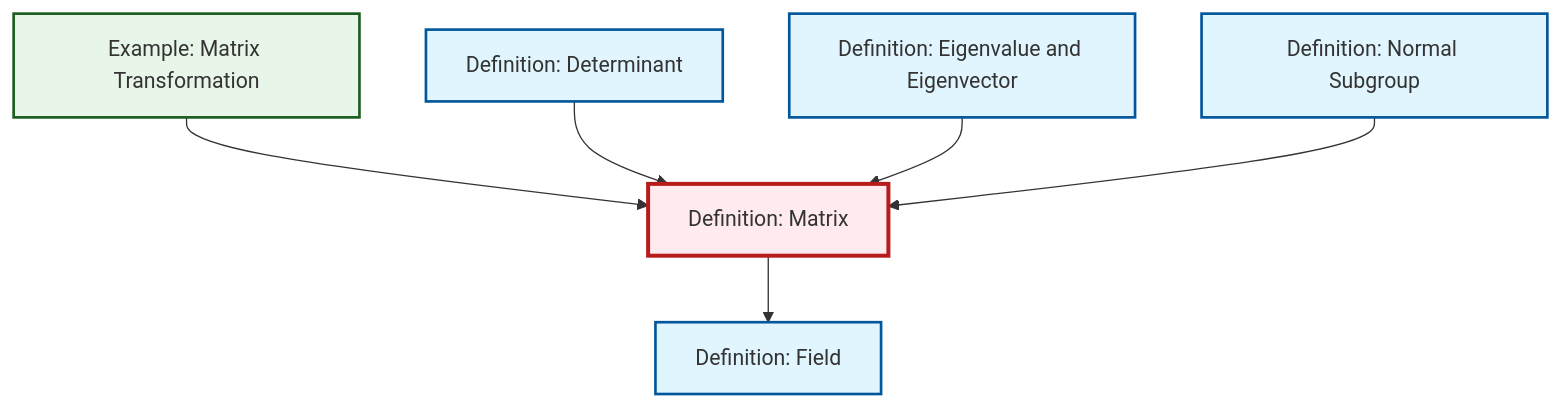
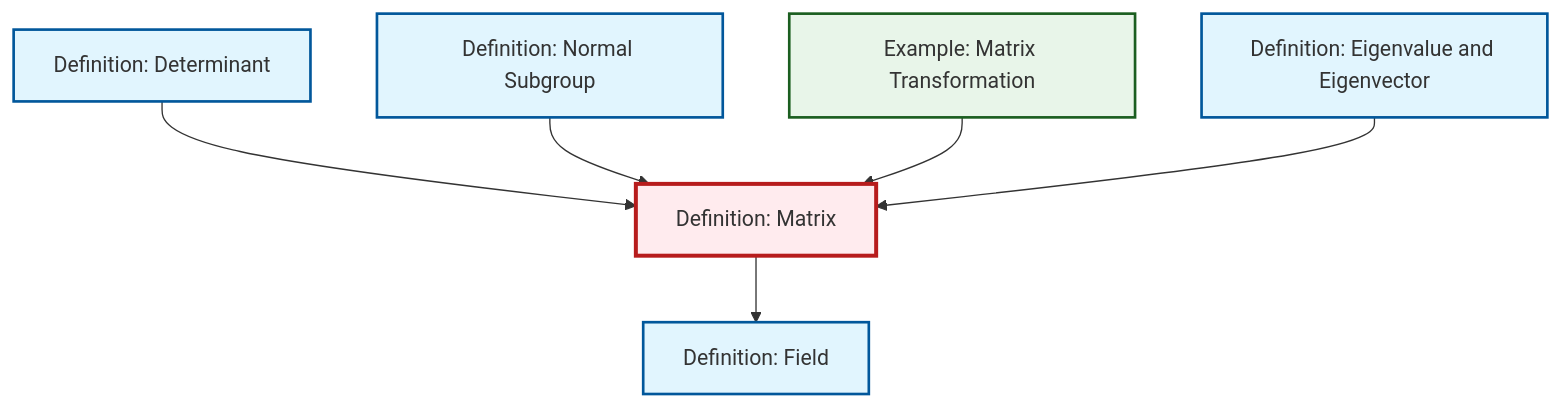
The diagram in content/en/algebra/def-matrix.qmd (RK0429/ModernMath), drawn with Mermaid before and after one commit. The commit also changed other lines of this file and 1012 other files, not shown here.

````diff
--- a/content/en/algebra/def-matrix.qmd
+++ b/content/en/algebra/def-matrix.qmd
@@ -59,26 +59,26 @@
 ```{mermaid}
 %%| fig-cap: "Local dependency graph"
 graph TD
     classDef definition fill:#e1f5fe,stroke:#01579b,stroke-width:2px
     classDef theorem fill:#f3e5f5,stroke:#4a148c,stroke-width:2px
     classDef axiom fill:#fff3e0,stroke:#e65100,stroke-width:2px
     classDef example fill:#e8f5e9,stroke:#1b5e20,stroke-width:2px
     classDef current fill:#ffebee,stroke:#b71c1c,stroke-width:3px
+    def-field["Definition: Field"]:::definition
+    def-eigenvalue-eigenvector["Definition: Eigenvalue and Eigenvector"]:::definition
+    def-matrix["Definition: Matrix"]:::definition
+    def-normal-subgroup["Definition: Normal Subgroup"]:::definition
     def-determinant["Definition: Determinant"]:::definition
     ex-matrix-transformation["Example: Matrix Transformation"]:::example
-    def-eigenvalue-eigenvector["Definition: Eigenvalue and Eigenvector"]:::definition
-    def-normal-subgroup["Definition: Normal Subgroup"]:::definition
-    def-field["Definition: Field"]:::definition
-    def-matrix["Definition: Matrix"]:::definition
+    def-determinant --> def-matrix
+    def-normal-subgroup --> def-matrix
     ex-matrix-transformation --> def-matrix
+    def-eigenvalue-eigenvector --> def-matrix
     def-matrix --> def-field
-    def-determinant --> def-matrix
-    def-eigenvalue-eigenvector --> def-matrix
-    def-normal-subgroup --> def-matrix
     class def-matrix current
+    click def-field "def-field.html" "Go to Field definition"
+    click def-eigenvalue-eigenvector "def-eigenvalue-eigenvector.html" "Go to Eigenvalue and Eigenvector definition"
+    click def-normal-subgroup "def-normal-subgroup.html" "Go to Normal Subgroup definition"
     click def-determinant "def-determinant.html" "Go to Determinant definition"
     click ex-matrix-transformation "ex-matrix-transformation.html" "Go to Matrix Transformation example"
-    click def-eigenvalue-eigenvector "def-eigenvalue-eigenvector.html" "Go to Eigenvalue and Eigenvector definition"
-    click def-normal-subgroup "def-normal-subgroup.html" "Go to Normal Subgroup definition"
-    click def-field "def-field.html" "Go to Field definition"
 ```
````
